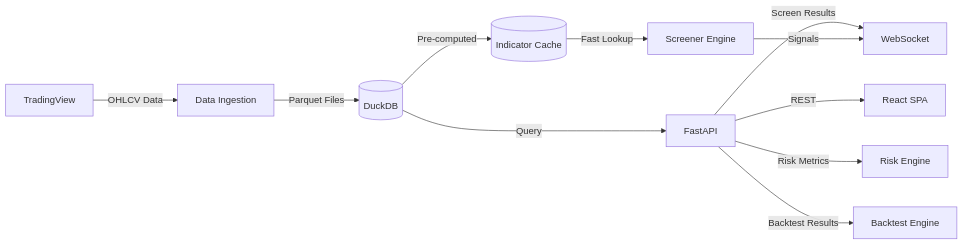
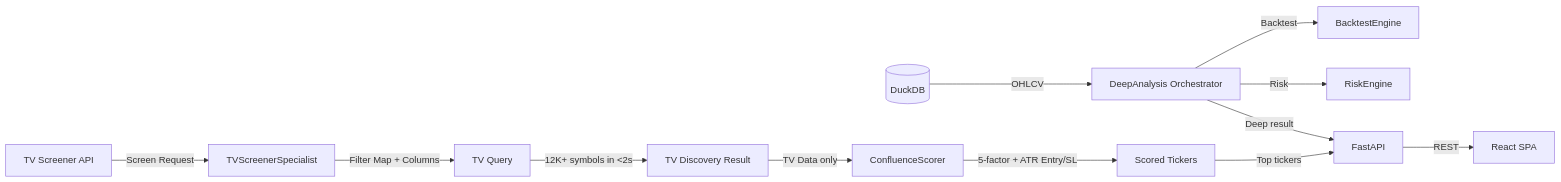
One commit to mk-keval/conflu.ai changed the third of 3 diagrams in docs/ARCHITECTURE.md. Above: the diagram before and after it, drawn with Mermaid. The commit also changed other lines of this file and 20 other files, not shown here.

````diff
--- a/docs/ARCHITECTURE.md
+++ b/docs/ARCHITECTURE.md
@@ -218,13 +259,16 @@
 ```mermaid
 flowchart LR
-  TV[TradingView] -->|OHLCV Data| Ing[Data Ingestion]
-  Ing -->|Parquet Files| Duck[(DuckDB)]
-  Duck -->|Query| API[FastAPI]
-  Duck -->|Pre-computed| Cache[(Indicator Cache)]
-  API -->|Screen Results| WS[WebSocket]
+  TV[TV Screener API] -->|Screen Request| Spec[TVScreenerSpecialist]
+  Spec -->|Filter Map + Columns| Query[TV Query]
+  Query -->|12K+ symbols in <2s| Disc[TV Discovery Result]
+  Disc -->|TV Data only| Score[ConfluenceScorer]
+  Score -->|5-factor + ATR Entry/SL| Result[Scored Tickers]
+  
+  Duck[(DuckDB)] -->|OHLCV| Deep[DeepAnalysis Orchestrator]
+  Deep -->|Backtest| BT[BacktestEngine]
+  Deep -->|Risk| Risk[RiskEngine]
+  
+  Result -->|Top tickers| API[FastAPI]
+  Deep -->|Deep result| API
   API -->|REST| Frontend[React SPA]
-  Cache -->|Fast Lookup| Screen[Screener Engine]
-  Screen -->|Signals| WS
-  API -->|Risk Metrics| Risk[Risk Engine]
-  API -->|Backtest Results| Backtest[Backtest Engine]
 ```
````
